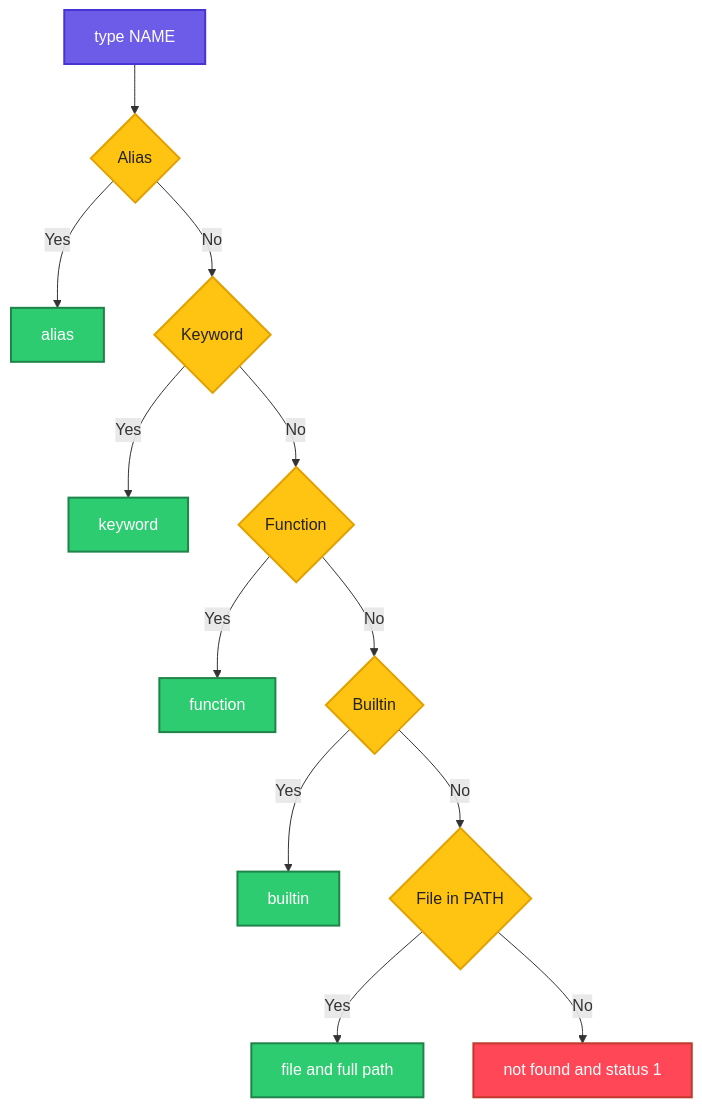
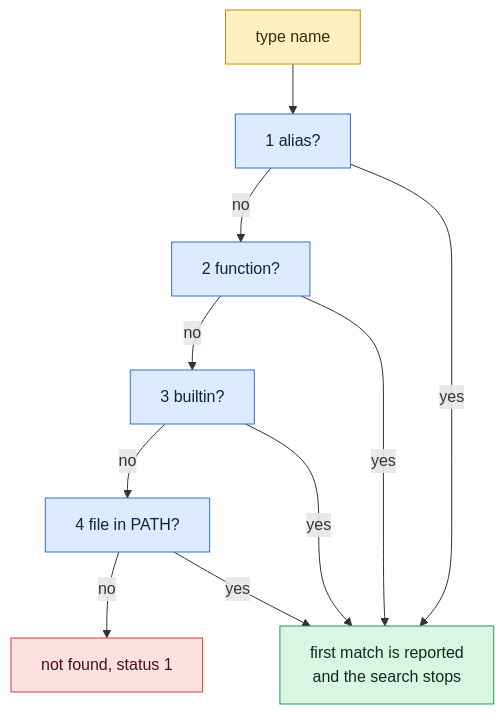
The diagram in linux/shell-basics/type.md (codeKerdosTech/DevOps-Documentation), drawn with Mermaid before and after one commit. The commit also changed other lines of this file and 165 other files, not shown here.

Commit message:
updated diagrams in linux

````diff
--- a/linux/shell-basics/type.md
+++ b/linux/shell-basics/type.md
@@ -14,25 +14,21 @@
 ```mermaid
 flowchart TD
-    A[type NAME] --> B{Alias}
-    B -->|Yes| C[alias]
-    B -->|No| D{Keyword}
-    D -->|Yes| E[keyword]
-    D -->|No| F{Function}
-    F -->|Yes| G[function]
-    F -->|No| H{Builtin}
-    H -->|Yes| I[builtin]
-    H -->|No| J{File in PATH}
-    J -->|Yes| K[file and full path]
-    J -->|No| L[not found and status 1]
-    classDef start fill:#6C5CE7,stroke:#4834D4,stroke-width:2px,color:#fff
-    classDef proc fill:#00B8D9,stroke:#0087A8,stroke-width:2px,color:#fff
-    classDef dec fill:#FFC312,stroke:#E1A100,stroke-width:2px,color:#222
-    classDef ok fill:#2ECC71,stroke:#1E8449,stroke-width:2px,color:#fff
-    classDef err fill:#FF4757,stroke:#C0392B,stroke-width:2px,color:#fff
-    classDef out fill:#FD79A8,stroke:#E84393,stroke-width:2px,color:#fff
-    classDef alt fill:#FF9F43,stroke:#E67E22,stroke-width:2px,color:#fff
-    class A start
-    class B,D,F,H,J dec
-    class C,E,G,I,K ok
-    class L err
+    c1[type name] --> i1[1 alias?]
+    i1 -->|no| i2[2 function?]
+    i2 -->|no| i3[3 builtin?]
+    i3 -->|no| i4[4 file in PATH?]
+    i4 -->|no| x1[not found, status 1]
+    i1 -->|yes| o1[first match is reported<br/>and the search stops]
+    i2 -->|yes| o1
+    i3 -->|yes| o1
+    i4 -->|yes| o1
+    classDef inp fill:#DCEBFF,stroke:#2F6FDE,color:#10213F
+    classDef cmd fill:#FFF0C2,stroke:#C98A00,color:#3A2A00
+    classDef out fill:#D9F5E3,stroke:#1F9D55,color:#0B2E1A
+    classDef bad fill:#FDE0E0,stroke:#D13B3B,color:#4A0F0F
+    classDef note fill:#ECEFF3,stroke:#7B8794,color:#1F2933
+    class c1 cmd
+    class i1,i2,i3,i4 inp
+    class x1 bad
+    class o1 out
 ```
````
